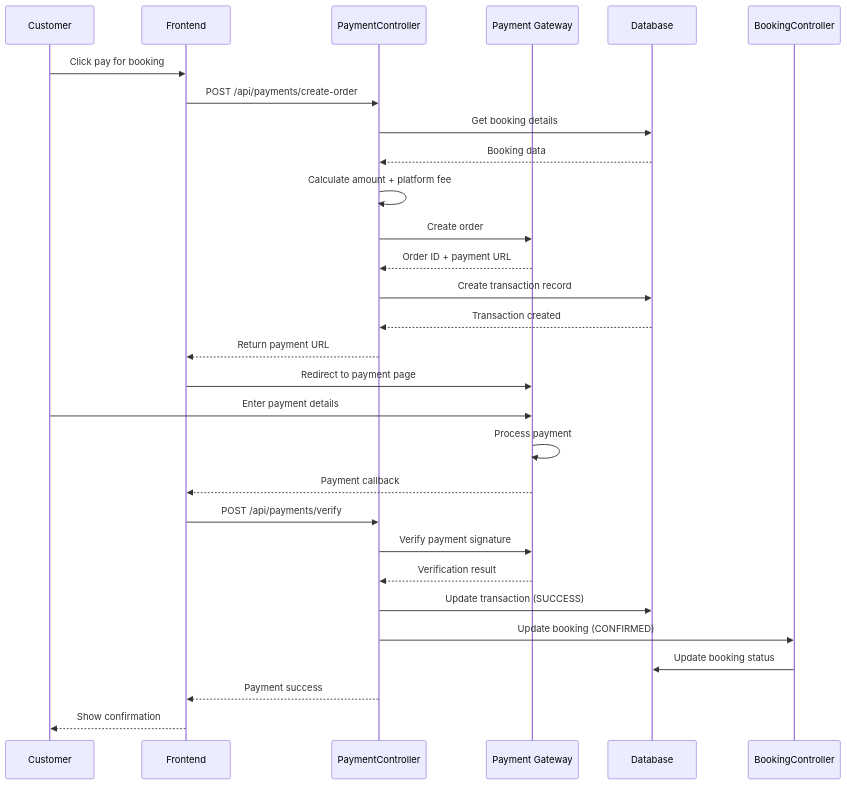
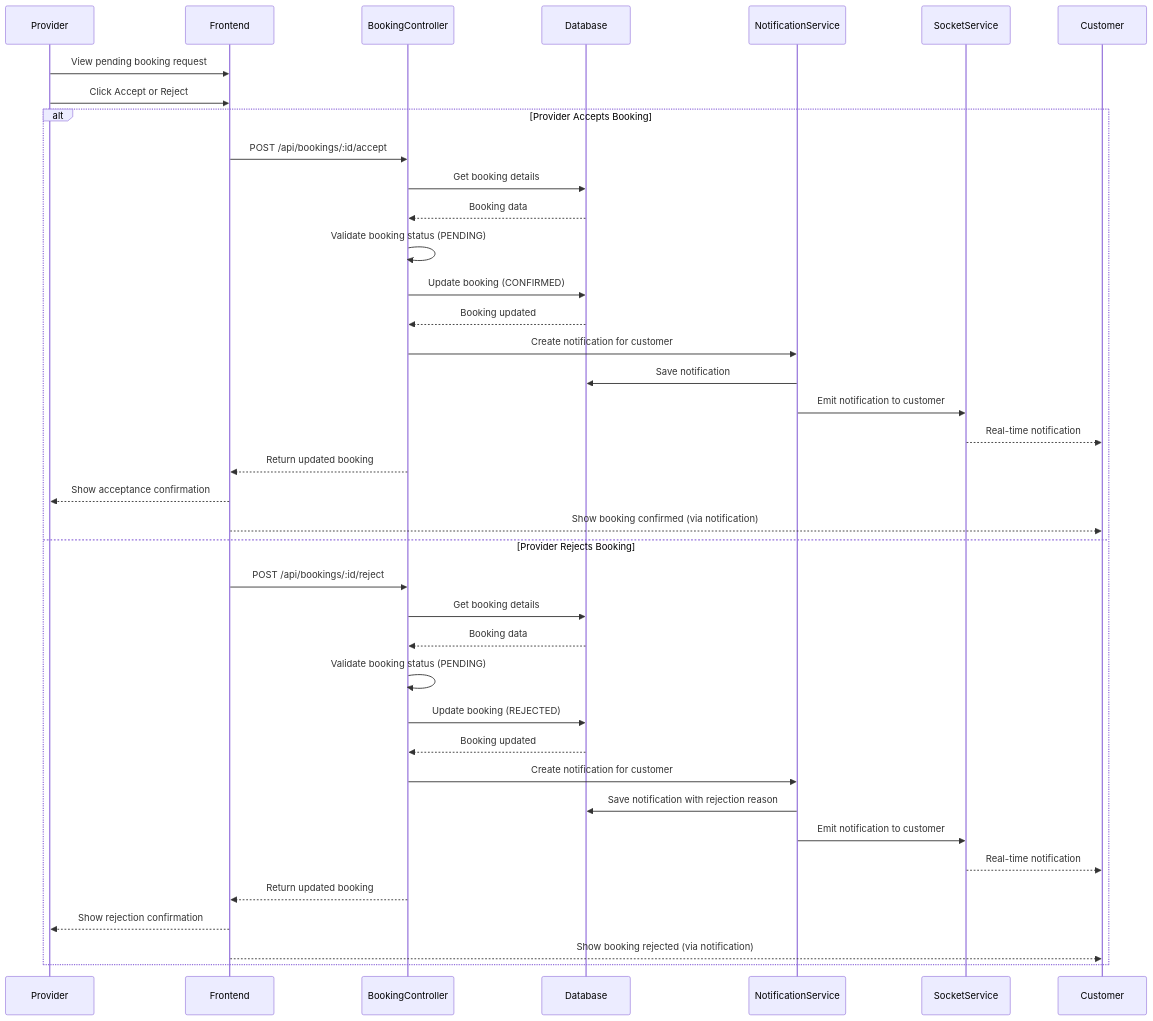
Diagram 11 of 18 in docs/UML_DIAGRAMS.md (botvecna47/MH26-Services), drawn with Mermaid before and after one commit. The commit also changed other lines of this file, not shown here.

Commit message:
docs: Clean up UML diagrams - remove payment components and update booking flow

````diff
--- a/docs/UML_DIAGRAMS.md
+++ b/docs/UML_DIAGRAMS.md
@@ -568,32 +567,43 @@
 ```mermaid
 sequenceDiagram
+    participant P as Provider
+    participant F as Frontend
+    participant BC as BookingController
+    participant DB as Database
+    participant NS as NotificationService
+    participant SS as SocketService
     participant C as Customer
-    participant F as Frontend
-    participant PC as PaymentController
-    participant PG as Payment Gateway
-    participant DB as Database
-    participant BC as BookingController
     
-    C->>F: Click pay for booking
-    F->>PC: POST /api/payments/create-order
-    PC->>DB: Get booking details
-    DB-->>PC: Booking data
-    PC->>PC: Calculate amount + platform fee
-    PC->>PG: Create order
-    PG-->>PC: Order ID + payment URL
-    PC->>DB: Create transaction record
-    DB-->>PC: Transaction created
-    PC-->>F: Return payment URL
-    F->>PG: Redirect to payment page
-    C->>PG: Enter payment details
-    PG->>PG: Process payment
-    PG-->>F: Payment callback
-    F->>PC: POST /api/payments/verify
-    PC->>PG: Verify payment signature
-    PG-->>PC: Verification result
-    PC->>DB: Update transaction (SUCCESS)
-    PC->>BC: Update booking (CONFIRMED)
-    BC->>DB: Update booking status
-    PC-->>F: Payment success
-    F-->>C: Show confirmation
+    P->>F: View pending booking request
+    P->>F: Click Accept or Reject
+    
+    alt Provider Accepts Booking
+        F->>BC: POST /api/bookings/:id/accept
+        BC->>DB: Get booking details
+        DB-->>BC: Booking data
+        BC->>BC: Validate booking status (PENDING)
+        BC->>DB: Update booking (CONFIRMED)
+        DB-->>BC: Booking updated
+        BC->>NS: Create notification for customer
+        NS->>DB: Save notification
+        NS->>SS: Emit notification to customer
+        SS-->>C: Real-time notification
+        BC-->>F: Return updated booking
+        F-->>P: Show acceptance confirmation
+        F-->>C: Show booking confirmed (via notification)
+    else Provider Rejects Booking
+        F->>BC: POST /api/bookings/:id/reject
+        BC->>DB: Get booking details
+        DB-->>BC: Booking data
+        BC->>BC: Validate booking status (PENDING)
+        BC->>DB: Update booking (REJECTED)
+        DB-->>BC: Booking updated
+        BC->>NS: Create notification for customer
+        NS->>DB: Save notification with rejection reason
+        NS->>SS: Emit notification to customer
+        SS-->>C: Real-time notification
+        BC-->>F: Return updated booking
+        F-->>P: Show rejection confirmation
+        F-->>C: Show booking rejected (via notification)
+    end
 ```
````
